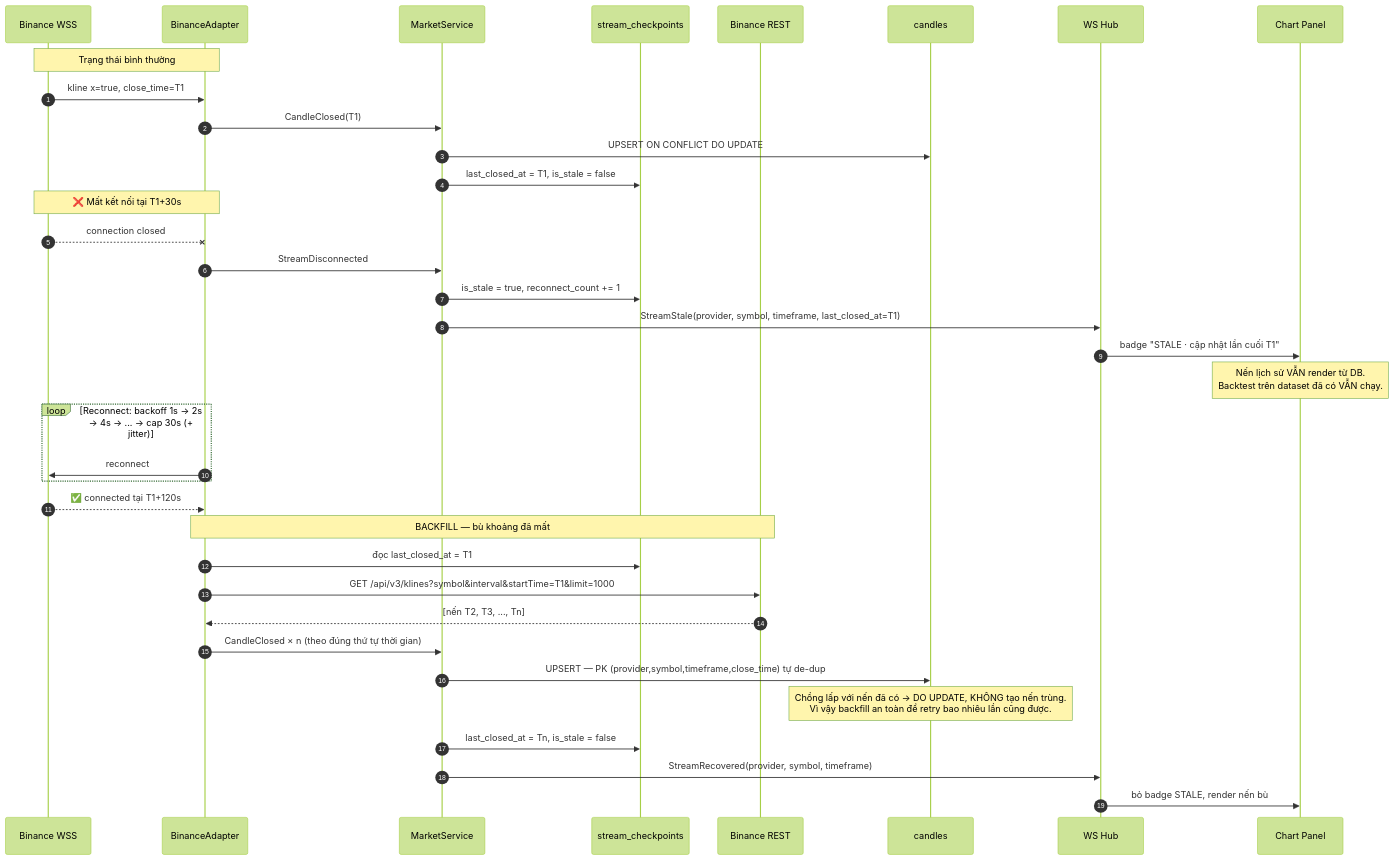
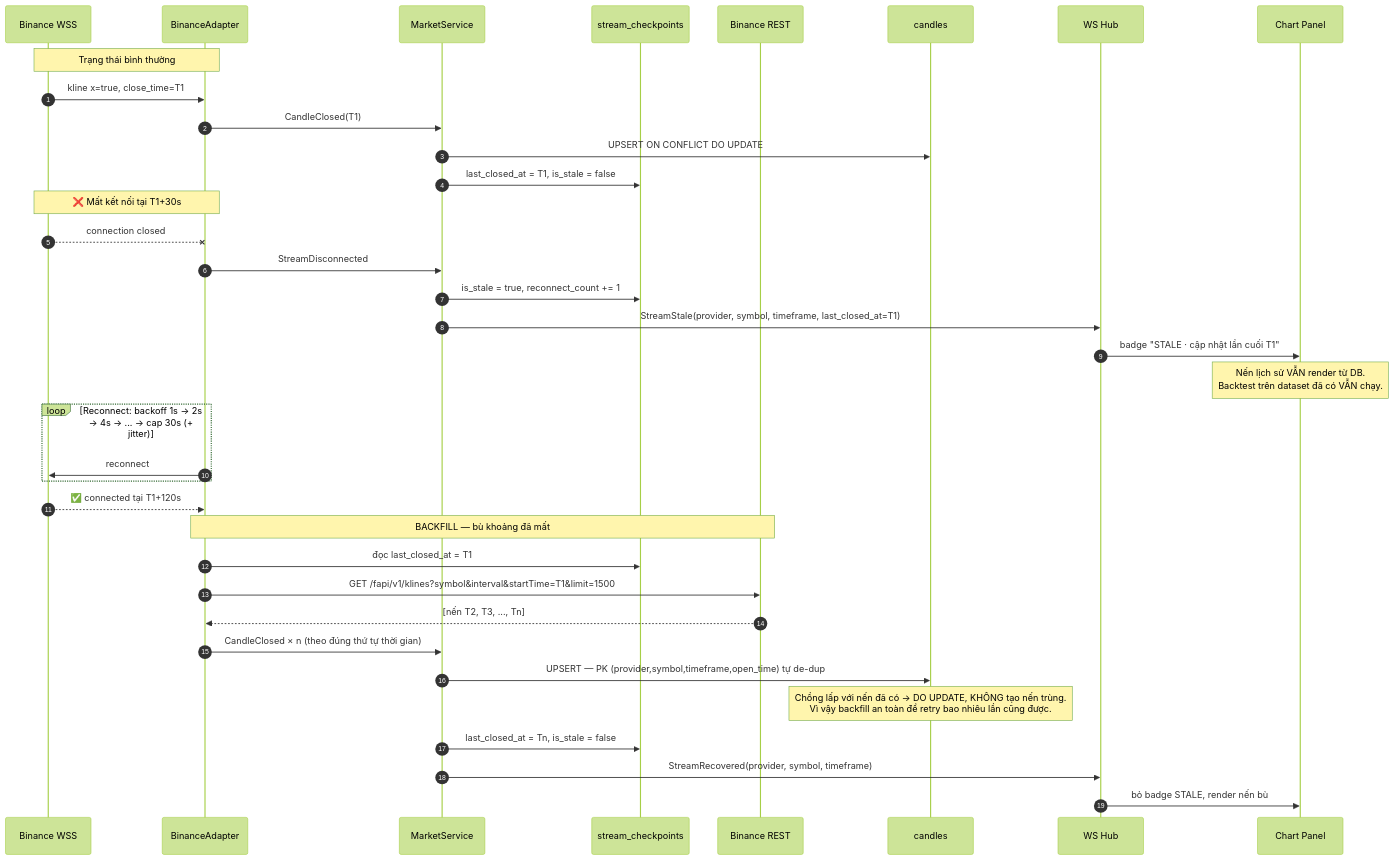
Before and after one commit to EnsoTech-Studio/CryptoBot: the ninth of 15 diagrams in blueprint/design.md, drawn with Mermaid (forest theme). The commit also changed other lines of this file and 69 other files, not shown here.

First line of the commit message:
docs(blueprint): reconcile Go architecture

````diff
--- a/blueprint/design.md
+++ b/blueprint/design.md
@@ -2541,42 +2449,42 @@
 ```mermaid
 sequenceDiagram
     autonumber
     participant BN as Binance WSS
     participant AD as BinanceAdapter
     participant MS as MarketService
     participant CK as stream_checkpoints
     participant RE as Binance REST
     participant DB as candles
     participant HUB as WS Hub
     participant UI as Chart Panel
 
     Note over AD,BN: Trạng thái bình thường
     BN->>AD: kline x=true, close_time=T1
     AD->>MS: CandleClosed(T1)
     MS->>DB: UPSERT ON CONFLICT DO UPDATE
     MS->>CK: last_closed_at = T1, is_stale = false
 
     Note over BN,AD: ❌ Mất kết nối tại T1+30s
     BN--xAD: connection closed
     AD->>MS: StreamDisconnected
     MS->>CK: is_stale = true, reconnect_count += 1
     MS->>HUB: StreamStale(provider, symbol, timeframe, last_closed_at=T1)
     HUB->>UI: badge "STALE · cập nhật lần cuối T1"
     Note over UI: Nến lịch sử VẪN render từ DB.<br/>Backtest trên dataset đã có VẪN chạy.
 
     loop Reconnect: backoff 1s → 2s → 4s → ... → cap 30s (+ jitter)
         AD->>BN: reconnect
     end
     BN-->>AD: ✅ connected tại T1+120s
 
     Note over AD,RE: BACKFILL — bù khoảng đã mất
     AD->>CK: đọc last_closed_at = T1
-    AD->>RE: GET /api/v3/klines?symbol&interval&startTime=T1&limit=1000
+    AD->>RE: GET /fapi/v1/klines?symbol&interval&startTime=T1&limit=1500
     RE-->>AD: [nến T2, T3, ..., Tn]
     AD->>MS: CandleClosed × n (theo đúng thứ tự thời gian)
-    MS->>DB: UPSERT — PK (provider,symbol,timeframe,close_time) tự de-dup
+    MS->>DB: UPSERT — PK (provider,symbol,timeframe,open_time) tự de-dup
     Note over DB: Chồng lấp với nến đã có → DO UPDATE, KHÔNG tạo nến trùng.<br/>Vì vậy backfill an toàn để retry bao nhiêu lần cũng được.
     MS->>CK: last_closed_at = Tn, is_stale = false
     MS->>HUB: StreamRecovered(provider, symbol, timeframe)
     HUB->>UI: bỏ badge STALE, render nến bù
 ```
````
